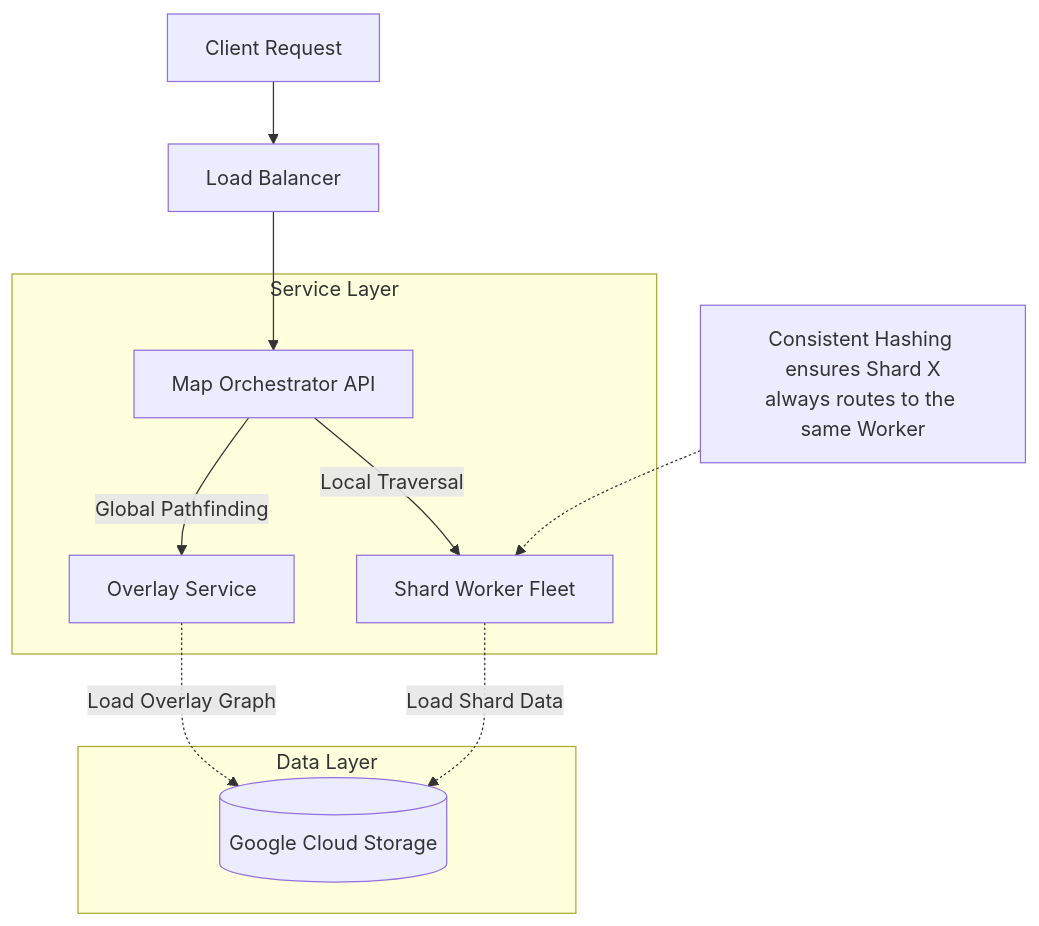
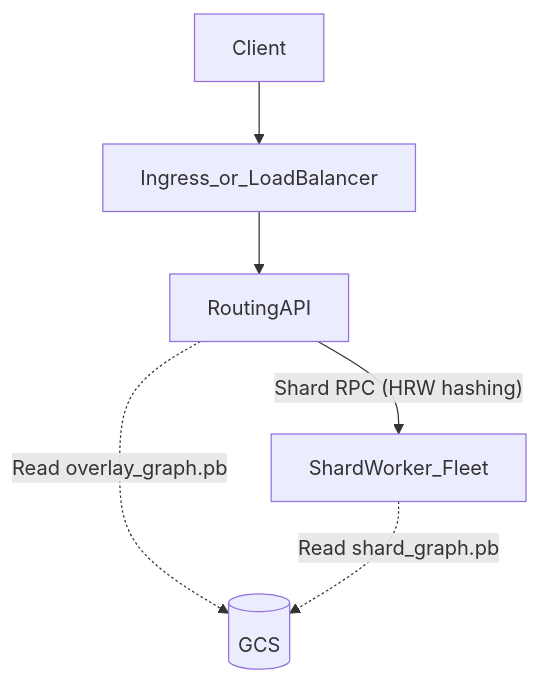
Before and after one commit to czechuuu/distributed-graph-routing: the diagram in cluster.md, drawn with Mermaid. The commit also changed other lines of this file and 54 other files, not shown here.

````diff
--- a/cluster.md
+++ b/cluster.md
@@ -35,21 +18,8 @@
 ```mermaid
 graph TD
-    User[Client Request] --> LB[Load Balancer]
-    LB --> Orch[Map Orchestrator API]
-    
-    subgraph Data Layer
-        GCS[(Google Cloud Storage)]
-    end
-
-    subgraph "Service Layer"
-        Orch -->|Global Pathfinding| Overlay[Overlay Service]
-        Orch -->|Local Traversal| WorkerPool[Shard Worker Fleet]
-    end
-
-    Overlay -.->|Load Overlay Graph| GCS
-    WorkerPool -.->|Load Shard Data| GCS
-    
-    note[Consistent Hashing ensures Shard X<br/>always routes to the same Worker]
-    note -.-> WorkerPool
-
+  Client[Client] --> Ingress[Ingress_or_LoadBalancer]
+  Ingress --> RoutingAPI[RoutingAPI]
+  RoutingAPI -->|"Shard RPC (HRW hashing)"| ShardWorkers[ShardWorker_Fleet]
+  RoutingAPI -.->|Read overlay_graph.pb| GCS[(GCS)]
+  ShardWorkers -.->|Read shard_graph.pb| GCS
 ```
````
